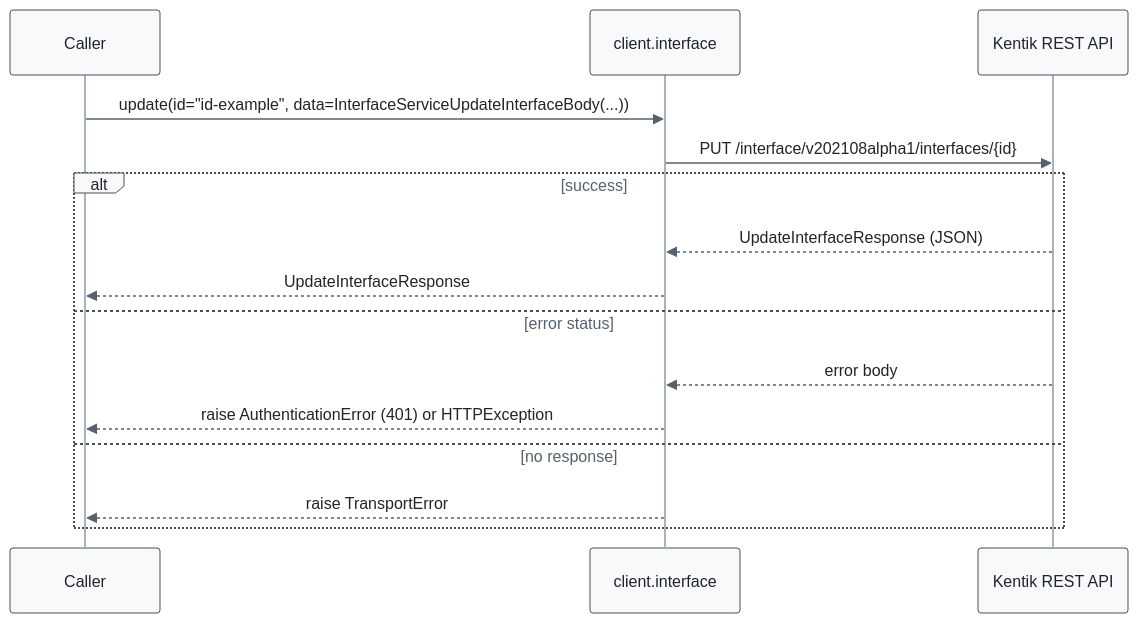
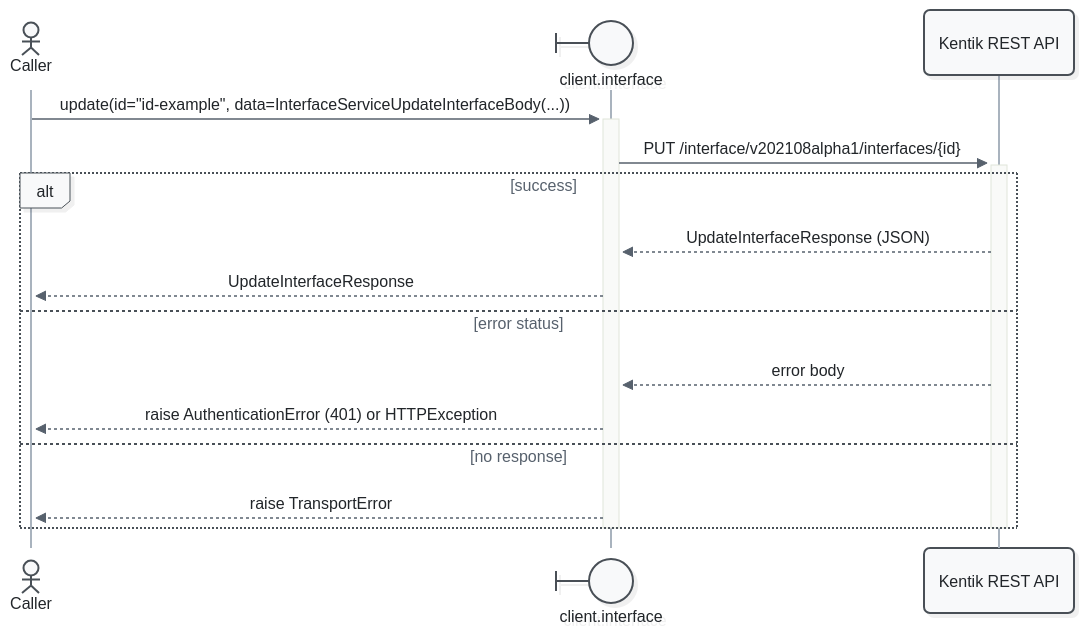
One commit to alexdearaujo/community_sdk_python changed the seventh of 13 diagrams in docs/sphinx/services/interface.md. Above: the diagram before and after it, drawn with Mermaid. The commit also changed other lines of this file and 52 other files, not shown here.

First line of the commit message:
docs: Mermaid 12 sequence diagrams with participant types and path colors

````diff
--- a/docs/sphinx/services/interface.md
+++ b/docs/sphinx/services/interface.md
@@ -272,19 +287,21 @@
 ```mermaid
-%%{init: {"theme": "base", "fontFamily": "ui-monospace, SFMono-Regular, Menlo, monospace", "themeVariables": {"fontFamily": "ui-monospace, SFMono-Regular, Menlo, monospace", "primaryColor": "#f8f9fa", "primaryBorderColor": "#495057", "primaryTextColor": "#212529", "textColor": "#212529", "lineColor": "#77818c", "edgeLabelBackground": "#ffffff", "actorBkg": "#f8f9fa", "actorBorder": "#495057", "actorTextColor": "#212529", "actorLineColor": "#a9b3be", "signalColor": "#57616d", "signalTextColor": "#212529", "labelBoxBkgColor": "#f8f9fa", "labelBoxBorderColor": "#495057", "labelTextColor": "#212529", "loopTextColor": "#57616d", "noteBkgColor": "#fff9db", "noteBorderColor": "#f08c00", "noteTextColor": "#a35a00"}, "flowchart": {"curve": "step", "nodeSpacing": 30, "rankSpacing": 70, "wrappingWidth": 400}}}%%
+%%{init: {"theme": "redux", "look": "neo", "layout": "dagre", "fontFamily": "ui-monospace, SFMono-Regular, Menlo, monospace", "themeVariables": {"fontFamily": "ui-monospace, SFMono-Regular, Menlo, monospace", "primaryColor": "#f8f9fa", "primaryBorderColor": "#495057", "primaryTextColor": "#212529", "textColor": "#212529", "lineColor": "#77818c", "edgeLabelBackground": "#ffffff", "actorBkg": "#f8f9fa", "actorBorder": "#495057", "actorTextColor": "#212529", "actorLineColor": "#a9b3be", "signalColor": "#57616d", "signalTextColor": "#212529", "labelBoxBkgColor": "#f8f9fa", "labelBoxBorderColor": "#495057", "labelTextColor": "#212529", "loopTextColor": "#57616d", "noteBkgColor": "#fff9db", "noteBorderColor": "#f08c00", "noteTextColor": "#a35a00"}, "sequence": {"activationWidth": 16}, "flowchart": {"curve": "step", "nodeSpacing": 30, "rankSpacing": 70, "wrappingWidth": 400}}}%%
 sequenceDiagram
-    participant C as Caller
-    participant W as client.interface
+    actor C as Caller
+    participant W@{ "type": "boundary" } as client.interface
     participant API as Kentik REST API
 
-    C->>W: update(id="id-example", data=InterfaceServiceUpdateInterfaceBody(...))
-    W->>API: PUT /interface/v202108alpha1/interfaces/{id}
+    C->>+W: update(id="id-example", data=InterfaceServiceUpdateInterfaceBody(...))
+    W->>+API: PUT /interface/v202108alpha1/interfaces/{id}
     alt success
         API-->>W: UpdateInterfaceResponse (JSON)
         W-->>C: UpdateInterfaceResponse
     else error status
         API-->>W: error body
         W-->>C: raise AuthenticationError (401) or HTTPException
     else no response
         W-->>C: raise TransportError
     end
+    deactivate API
+    deactivate W
 ```
````
